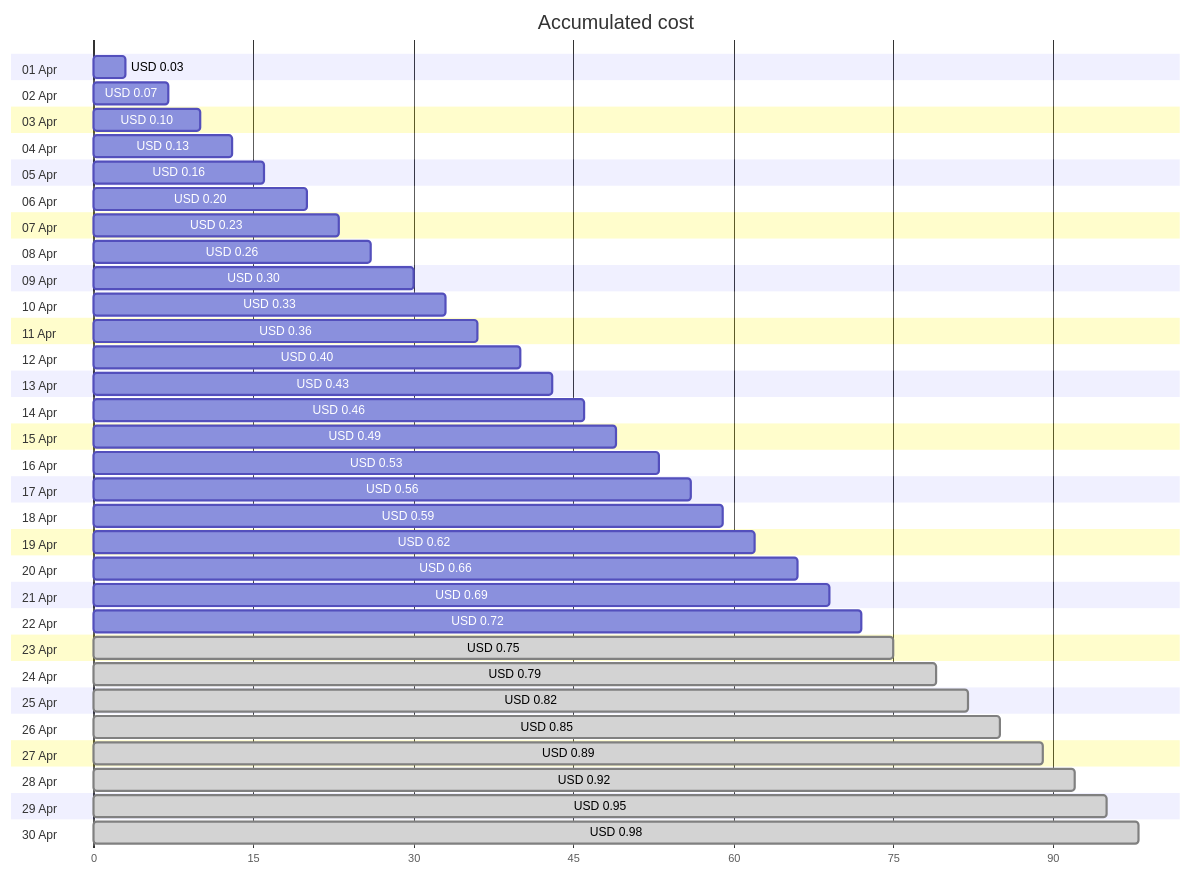
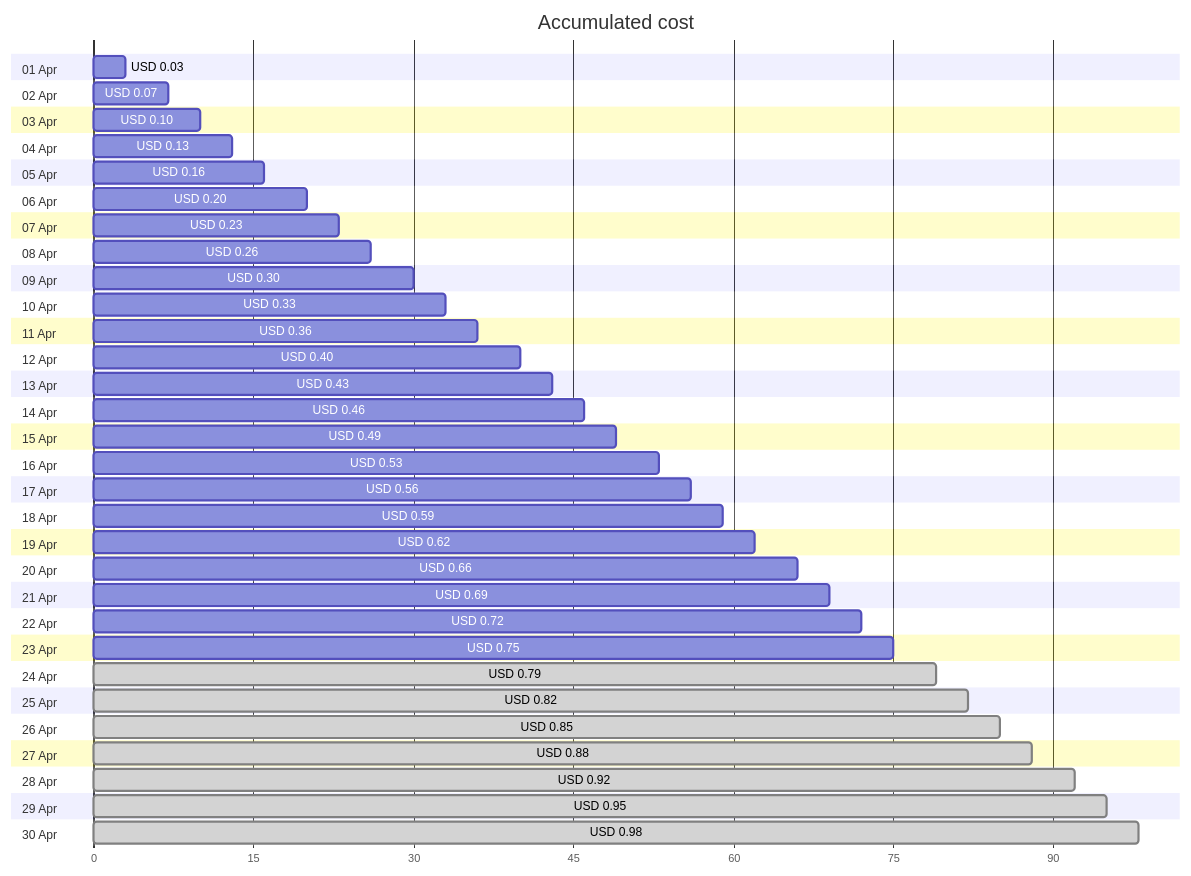
The first of 4 diagrams in cost-reports/personal-dns/README.md (jpfulton/azure-personal-reports), drawn with Mermaid before and after one commit. The commit also changed other lines of this file and 2 other files, not shown here.

````diff
--- a/cost-reports/personal-dns/README.md
+++ b/cost-reports/personal-dns/README.md
@@ -20,66 +20,66 @@
 ```mermaid
 gantt
    title Accumulated cost
    dateFormat  X
    axisFormat %s
    section 01 Apr
    USD 0.03 :0, 3
    section 02 Apr
    USD 0.07 :0, 7
    section 03 Apr
    USD 0.10 :0, 10
    section 04 Apr
    USD 0.13 :0, 13
    section 05 Apr
    USD 0.16 :0, 16
    section 06 Apr
    USD 0.20 :0, 20
    section 07 Apr
    USD 0.23 :0, 23
    section 08 Apr
    USD 0.26 :0, 26
    section 09 Apr
    USD 0.30 :0, 30
    section 10 Apr
    USD 0.33 :0, 33
    section 11 Apr
    USD 0.36 :0, 36
    section 12 Apr
    USD 0.40 :0, 40
    section 13 Apr
    USD 0.43 :0, 43
    section 14 Apr
    USD 0.46 :0, 46
    section 15 Apr
    USD 0.49 :0, 49
    section 16 Apr
    USD 0.53 :0, 53
    section 17 Apr
    USD 0.56 :0, 56
    section 18 Apr
    USD 0.59 :0, 59
    section 19 Apr
    USD 0.62 :0, 62
    section 20 Apr
    USD 0.66 :0, 66
    section 21 Apr
    USD 0.69 :0, 69
    section 22 Apr
    USD 0.72 :0, 72
    section 23 Apr
-   USD 0.75 : done, 0, 75
+   USD 0.75 :0, 75
    section 24 Apr
    USD 0.79 : done, 0, 79
    section 25 Apr
    USD 0.82 : done, 0, 82
    section 26 Apr
    USD 0.85 : done, 0, 85
    section 27 Apr
-   USD 0.89 : done, 0, 89
+   USD 0.88 : done, 0, 88
    section 28 Apr
    USD 0.92 : done, 0, 92
    section 29 Apr
    USD 0.95 : done, 0, 95
    section 30 Apr
    USD 0.98 : done, 0, 98
 ```
````
